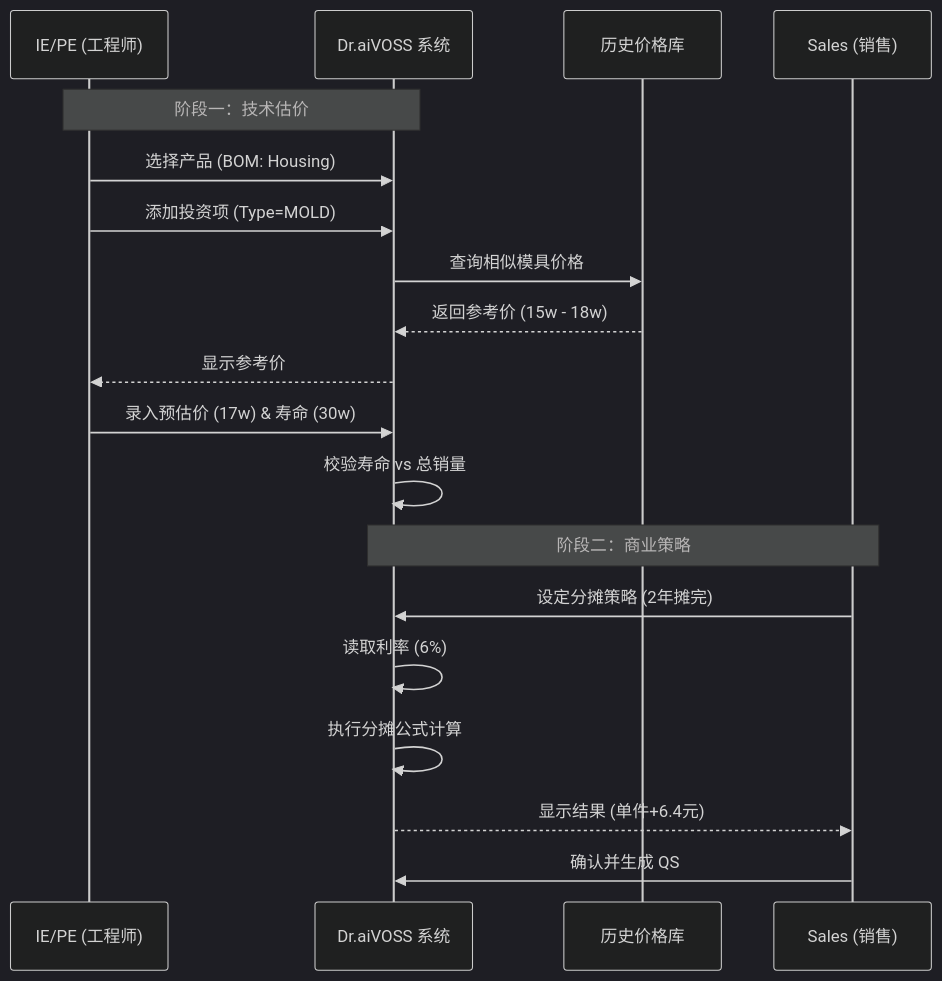
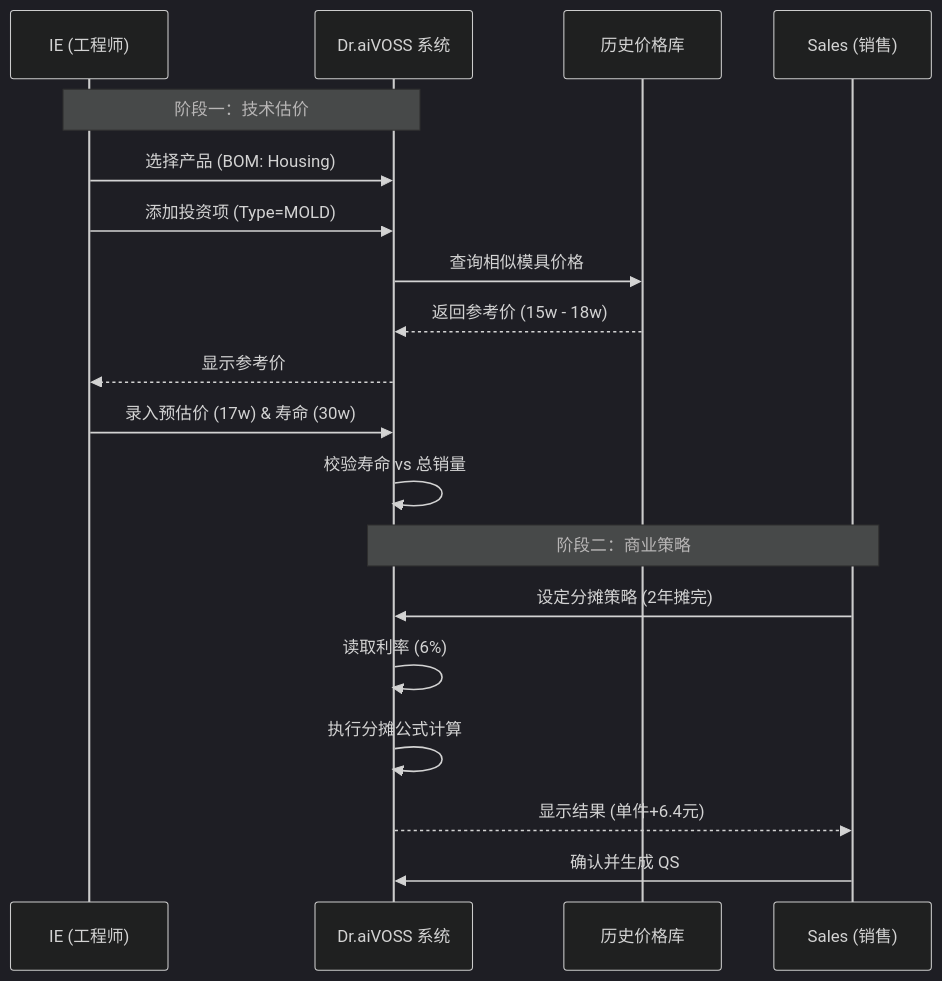
One commit to randyluo85/Quoting-Copilot changed the second of 2 diagrams in docs/NRE_INVESTMENT_LOGIC.md. Above: the diagram before and after it, drawn with Mermaid (dark theme). The commit also changed other lines of this file and 17 other files, not shown here.

````diff
--- a/docs/NRE_INVESTMENT_LOGIC.md
+++ b/docs/NRE_INVESTMENT_LOGIC.md
@@ -266,23 +266,23 @@
 ```mermaid
 sequenceDiagram
-    participant IE as IE/PE (工程师)
+    participant IE as IE (工程师)
     participant SYS as Dr.aiVOSS 系统
     participant DB as 历史价格库
     participant SALES as Sales (销售)
 
     Note over IE, SYS: 阶段一：技术估价
     IE->>SYS: 选择产品 (BOM: Housing)
     IE->>SYS: 添加投资项 (Type=MOLD)
     SYS->>DB: 查询相似模具价格
     DB-->>SYS: 返回参考价 (15w - 18w)
     SYS-->>IE: 显示参考价
     IE->>SYS: 录入预估价 (17w) & 寿命 (30w)
     SYS->>SYS: 校验寿命 vs 总销量
 
     Note over SALES, SYS: 阶段二：商业策略
     SALES->>SYS: 设定分摊策略 (2年摊完)
     SYS->>SYS: 读取利率 (6%)
     SYS->>SYS: 执行分摊公式计算
     SYS-->>SALES: 显示结果 (单件+6.4元)
     SALES->>SYS: 确认并生成 QS
 ```
````
